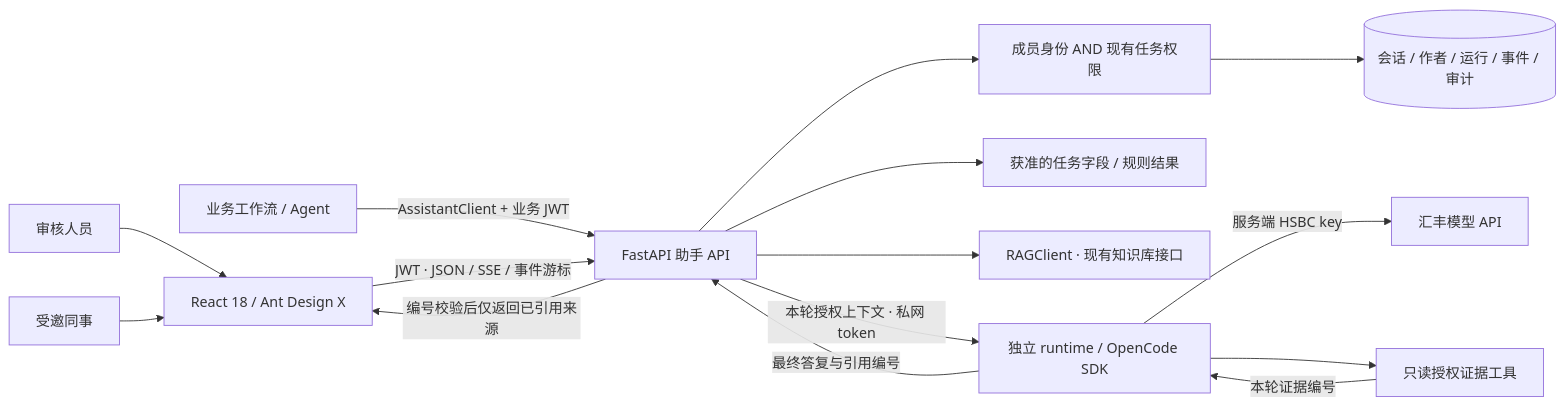
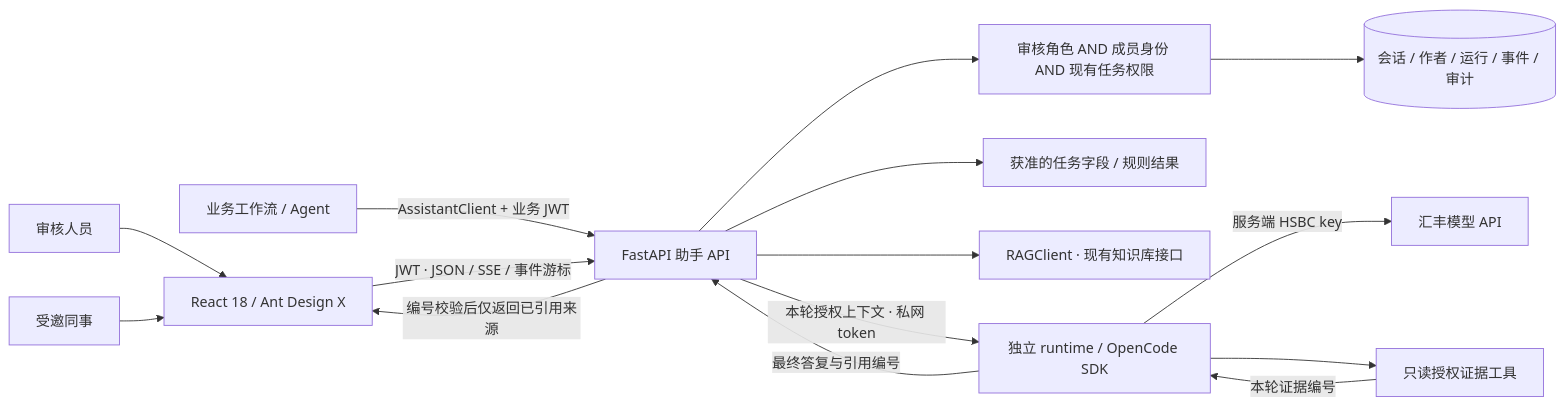
One commit to HBCN-AI-Campaign/HBCN-AI-Campaign-Team8 changed the first of 3 diagrams in docs/ai-assistant/README.md. Above: the diagram before and after it, drawn with Mermaid. The commit also changed other lines of this file and 4 other files, not shown here.

```diff
--- a/docs/ai-assistant/README.md
+++ b/docs/ai-assistant/README.md
@@ -26,17 +26,17 @@
 ~~~mermaid
 flowchart LR
   R[审核人员] --> UI[React 18 / Ant Design X]
   E[受邀同事] --> UI
   W[业务工作流 / Agent] -->|AssistantClient + 业务 JWT| API
   UI -->|JWT · JSON / SSE / 事件游标| API[FastAPI 助手 API]
-  API --> ACL[成员身份 AND 现有任务权限]
+  API --> ACL[审核角色 AND 成员身份 AND 现有任务权限]
   ACL --> DB[(会话 / 作者 / 运行 / 事件 / 审计)]
   API --> TASK[获准的任务字段 / 规则结果]
   API --> RAG[RAGClient · 现有知识库接口]
   API -->|本轮授权上下文 · 私网 token| RT[独立 runtime / OpenCode SDK]
   RT -->|服务端 HSBC key| HSBC[汇丰模型 API]
   RT --> TOOL[只读授权证据工具]
   TOOL -->|本轮证据编号| RT
   RT -->|最终答复与引用编号| API
   API -->|编号校验后仅返回已引用来源| UI
 ~~~
```
